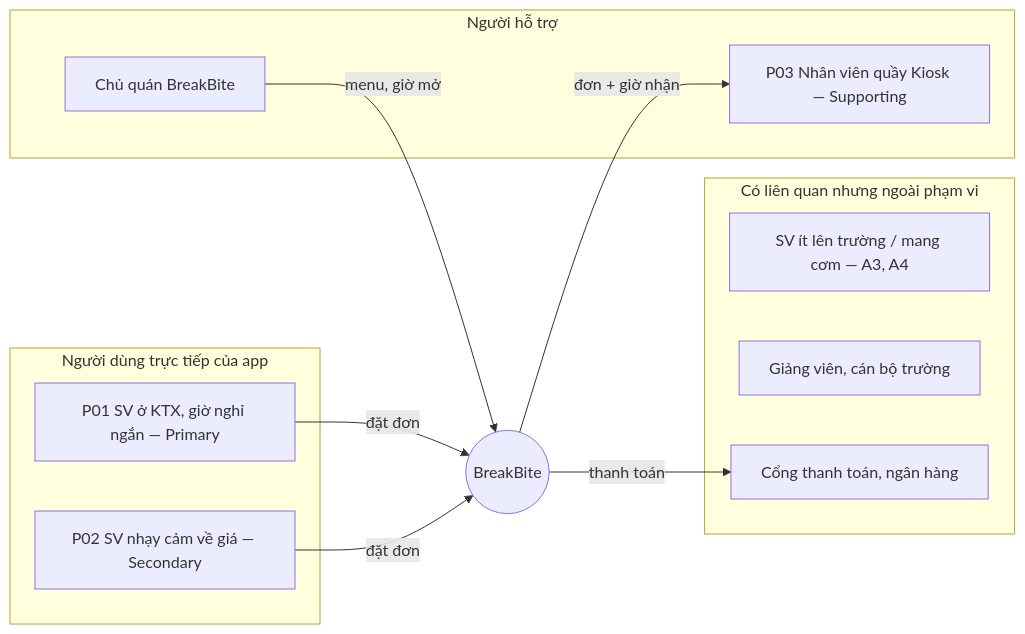
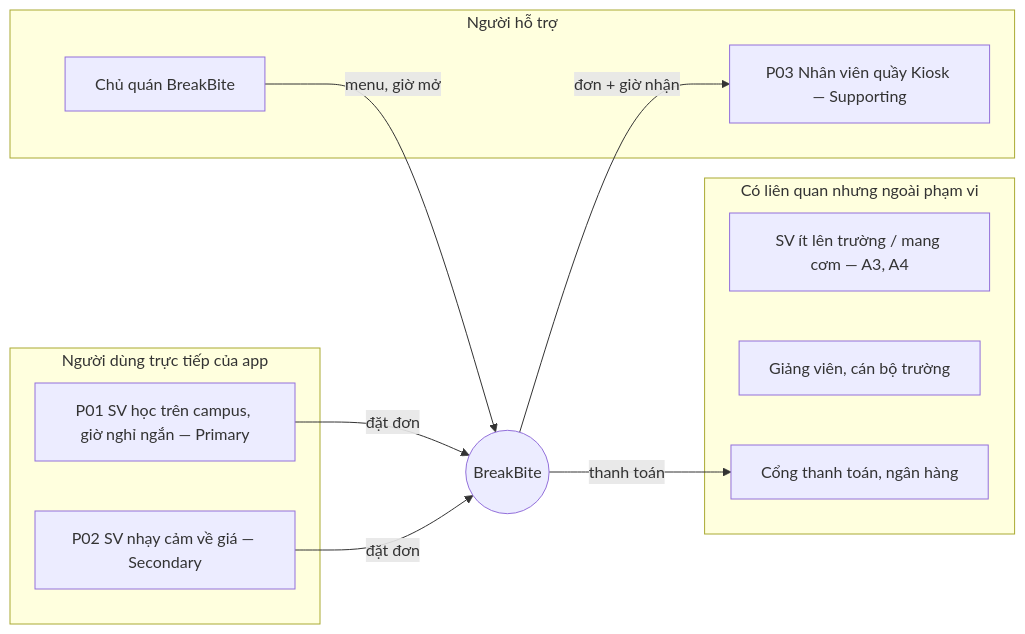
One commit to baonv0817/PRM323-Lab2-Group2 changed the diagram in 02-P1-nghien-cuu/02-research.md. Above: the diagram before and after it, drawn with Mermaid. The commit also changed other lines of this file and 19 other files, not shown here.

````diff
--- a/02-P1-nghien-cuu/02-research.md
+++ b/02-P1-nghien-cuu/02-research.md
@@ -71,21 +71,21 @@
 ```mermaid
 flowchart LR
   subgraph Core[Người dùng trực tiếp của app]
-    P01[P01 SV ở KTX, giờ nghỉ ngắn — Primary]
+    P01[P01 SV học trên campus, giờ nghỉ ngắn — Primary]
     P02[P02 SV nhạy cảm về giá — Secondary]
   end
   subgraph Support[Người hỗ trợ]
     P03[P03 Nhân viên quầy Kiosk — Supporting]
     Owner[Chủ quán BreakBite]
   end
   subgraph Out[Có liên quan nhưng ngoài phạm vi]
     X1[SV ít lên trường / mang cơm — A3, A4]
     X2[Giảng viên, cán bộ trường]
     X3[Cổng thanh toán, ngân hàng]
   end
   P01 -- đặt đơn --> App((BreakBite))
   P02 -- đặt đơn --> App
   App -- đơn + giờ nhận --> P03
   Owner -- menu, giờ mở --> App
   App -- thanh toán --> X3
 ```
````
